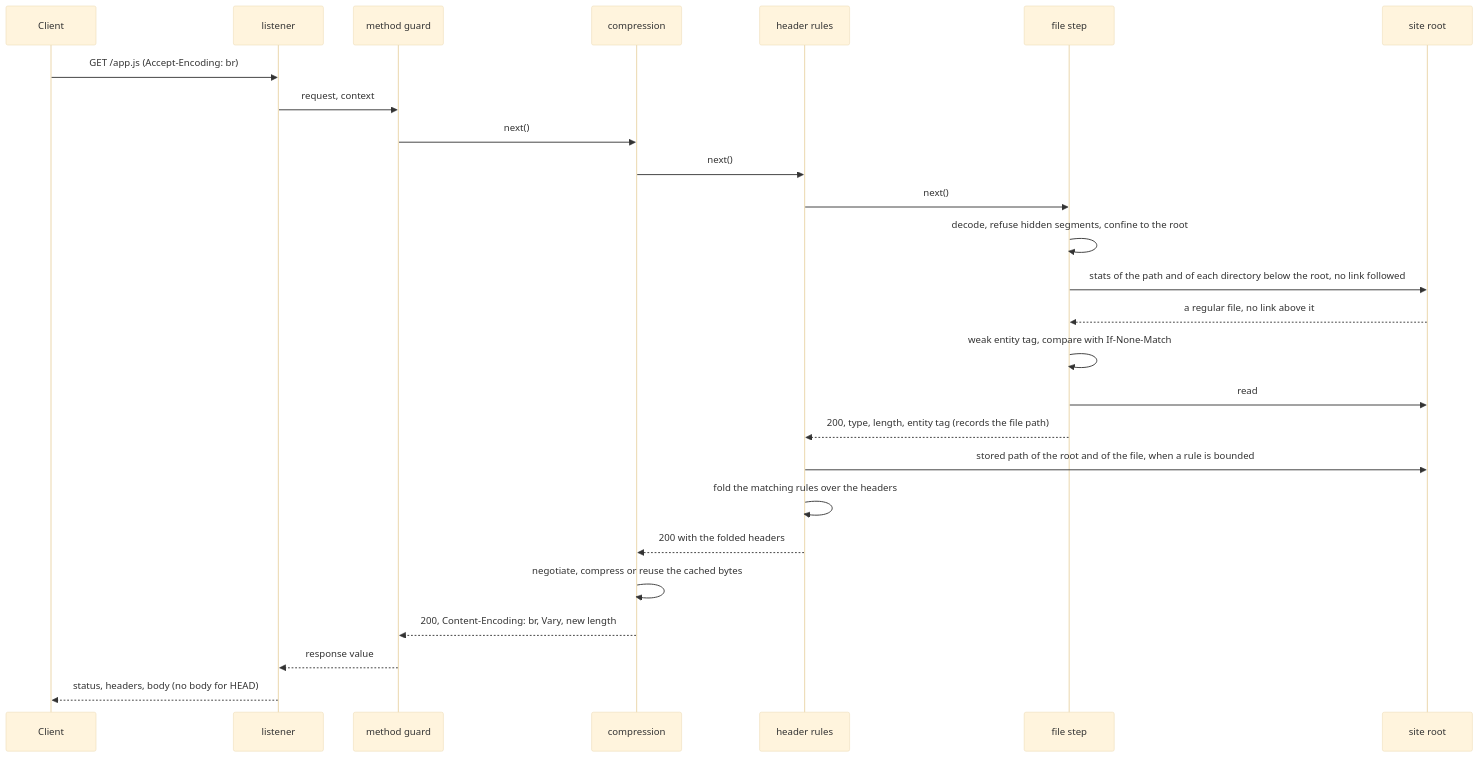
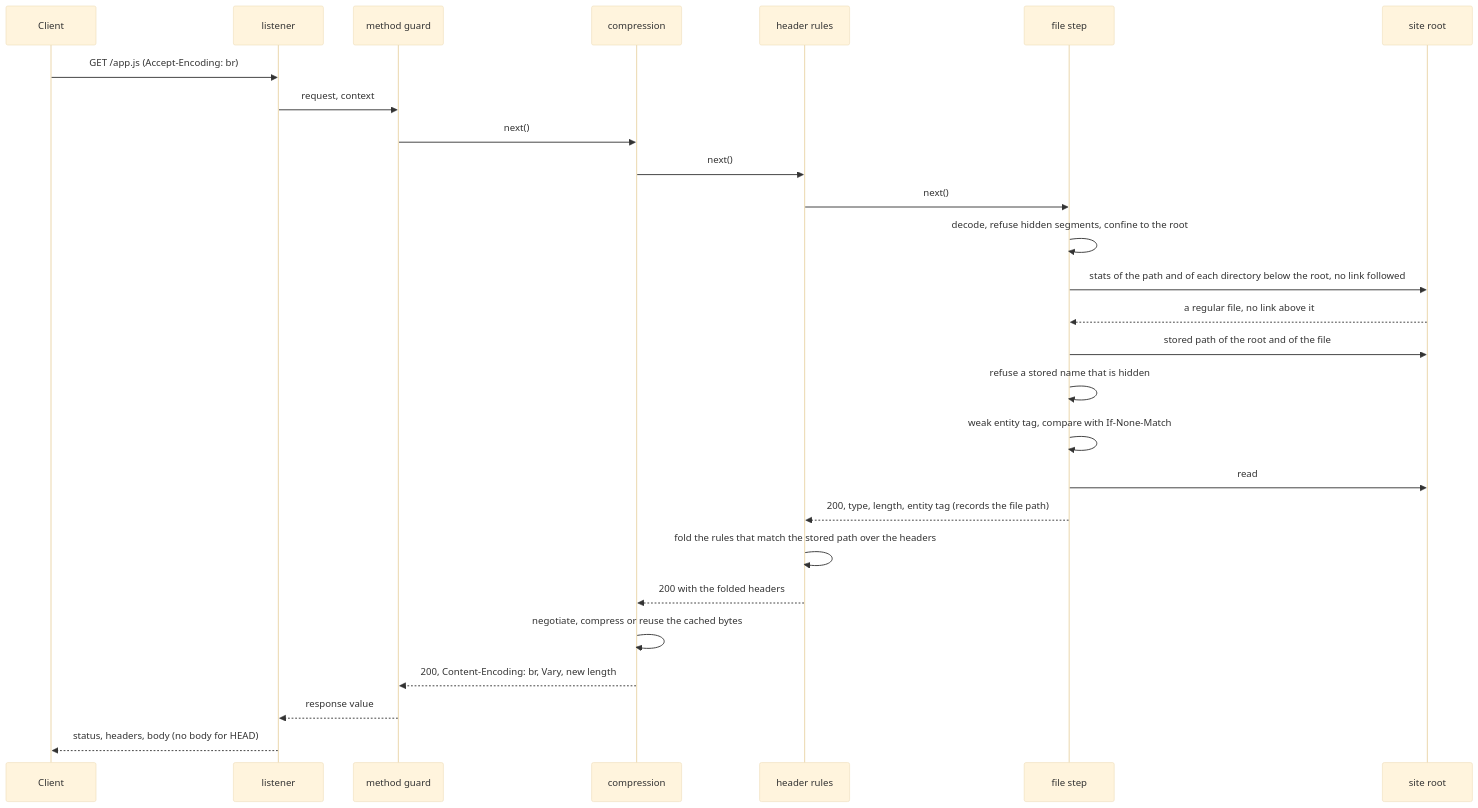
The fifth of 5 diagrams in libs/server/ARCHITECTURE.md (AndrewRedican/hyperfrontend), drawn with Mermaid before and after one commit. The commit also changed other lines of this file and 3 other files, not shown here.

````diff
--- a/libs/server/ARCHITECTURE.md
+++ b/libs/server/ARCHITECTURE.md
@@ -189,35 +714,36 @@
 ```mermaid
 ---
 config:
   theme: base
   themeVariables:
     fontSize: 12px
 ---
 sequenceDiagram
     participant Client
     participant Listener as listener
     participant Guard as method guard
     participant Compression as compression
     participant Rules as header rules
     participant File as file step
     participant Disk as site root
 
     Client->>Listener: GET /app.js (Accept-Encoding: br)
     Listener->>Guard: request, context
     Guard->>Compression: next()
     Compression->>Rules: next()
     Rules->>File: next()
     File->>File: decode, refuse hidden segments, confine to the root
     File->>Disk: stats of the path and of each directory below the root, no link followed
     Disk-->>File: a regular file, no link above it
+    File->>Disk: stored path of the root and of the file
+    File->>File: refuse a stored name that is hidden
     File->>File: weak entity tag, compare with If-None-Match
     File->>Disk: read
     File-->>Rules: 200, type, length, entity tag (records the file path)
-    Rules->>Disk: stored path of the root and of the file, when a rule is bounded
-    Rules->>Rules: fold the matching rules over the headers
+    Rules->>Rules: fold the rules that match the stored path over the headers
     Rules-->>Compression: 200 with the folded headers
     Compression->>Compression: negotiate, compress or reuse the cached bytes
     Compression-->>Guard: 200, Content-Encoding: br, Vary, new length
     Guard-->>Listener: response value
     Listener-->>Client: status, headers, body (no body for HEAD)
 ```
````
